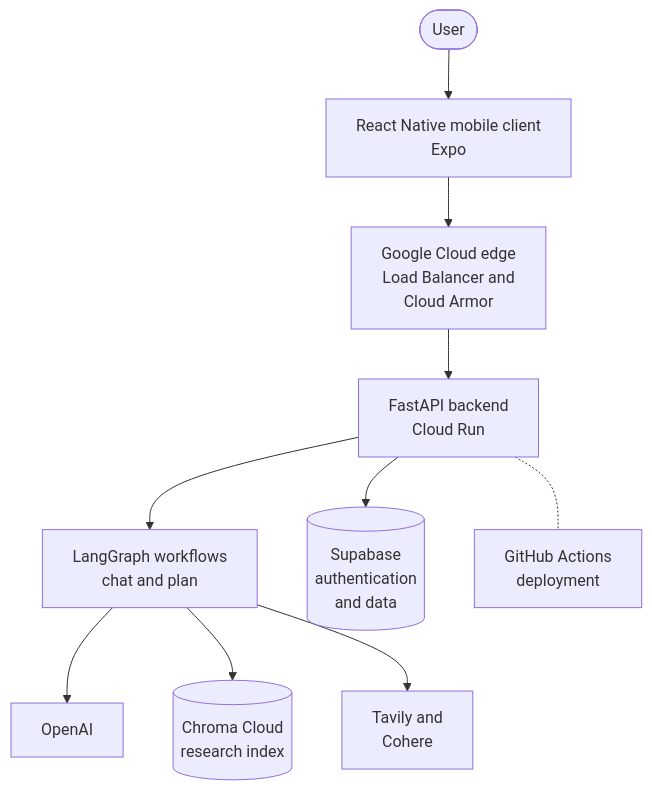
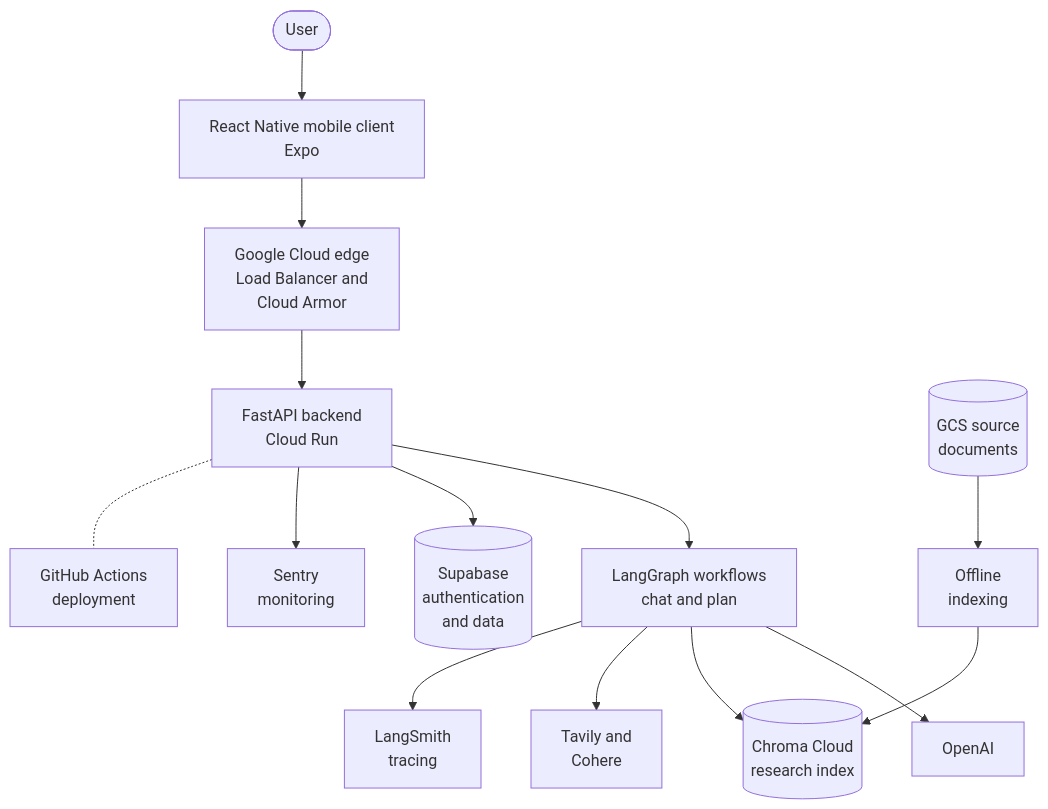
The first of 4 diagrams in README.md (xurichard19/strength-and-conditioning-rag), drawn with Mermaid before and after one commit.

Commit message:
Update README architecture diagram
Refresh the system diagram in README to reflect the current architecture: add Supabase auth/data, Sentry monitoring, LangSmith tracing, and the offline document indexing flow from GCS source documents into Chroma.

````diff
--- a/README.md
+++ b/README.md
@@ -11,12 +11,16 @@
 ```mermaid
 flowchart TB
     User(["User"]) --> FE["React Native mobile client<br/>Expo"]
     FE --> Edge["Google Cloud edge<br/>Load Balancer and<br/>Cloud Armor"]
     Edge --> API["FastAPI backend<br/>Cloud Run"]
     API --> Workflows["LangGraph workflows<br/>chat and plan"]
+    API --> Supabase[("Supabase<br/>authentication<br/>and data")]
+    API --> Sentry["Sentry<br/>monitoring"]
     Workflows --> OpenAI["OpenAI"]
     Workflows --> Chroma[("Chroma Cloud<br/>research index")]
     Workflows --> SearchServices["Tavily and<br/>Cohere"]
-    API --> Supabase[("Supabase<br/>authentication<br/>and data")]
+    Workflows --> LangSmith["LangSmith<br/>tracing"]
+    Docs[("GCS source<br/>documents")] --> Index["Offline<br/>indexing"]
+    Index --> Chroma
     API -.- ci["GitHub Actions<br/>deployment"]
 ```
````
